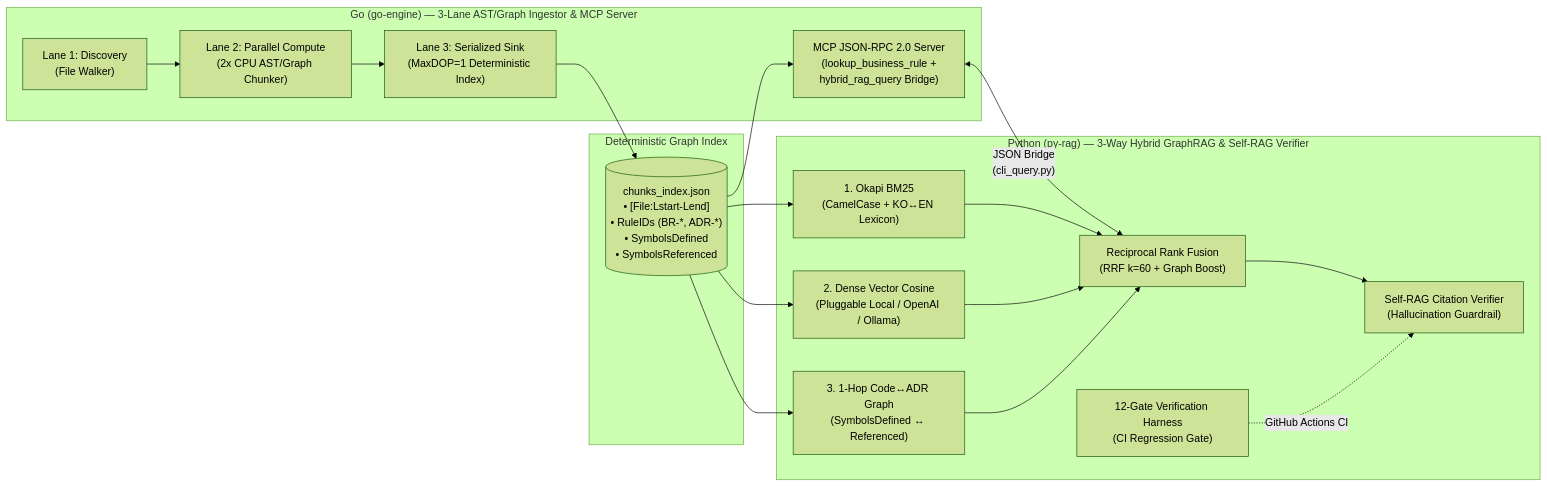
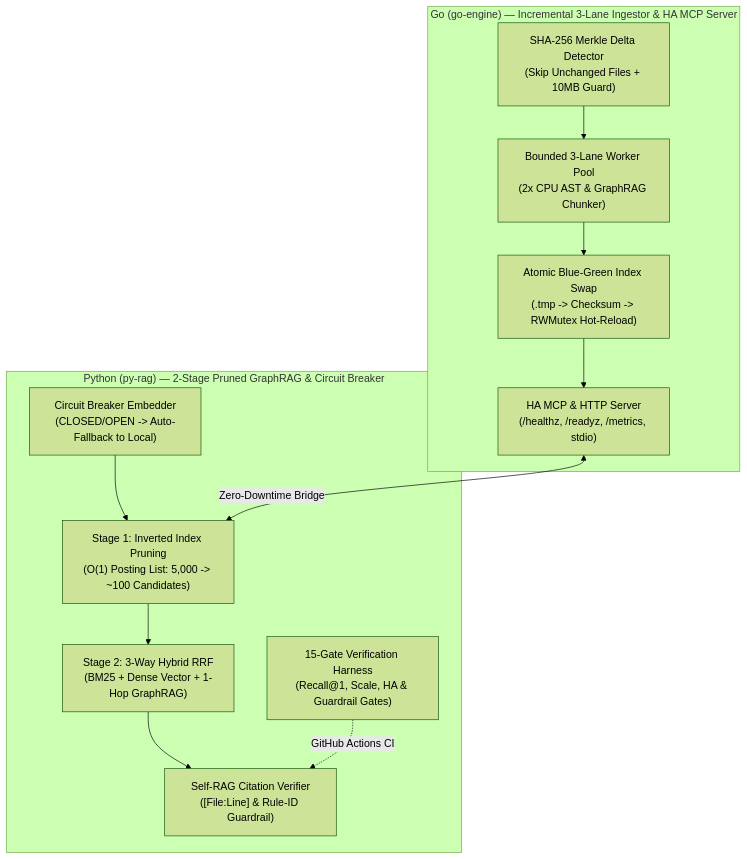
One commit to bestguru/legacy-lens-rag changed the diagram in README.md. Above: the diagram before and after it, drawn with Mermaid (forest theme). The commit also changed other lines of this file and 9 other files, not shown here.

Commit message:
feat(v3.0): add High-Availability (Circuit Breaker + RWMutex Hot-Swap) & Large-Scale (SHA-256 Incremental Delta + 2-Stage Inverted Index Pruning) with 15-Gate Harness

````diff
--- a/README.md
+++ b/README.md
@@ -29,30 +33,22 @@
 ```mermaid
-flowchart LR
-    subgraph Go_Engine ["Go (go-engine) — 3-Lane AST/Graph Ingestor & MCP Server"]
-        L1["Lane 1: Discovery\n(File Walker)"]
-        L2["Lane 2: Parallel Compute\n(2x CPU AST/Graph Chunker)"]
-        L3["Lane 3: Serialized Sink\n(MaxDOP=1 Deterministic Index)"]
-        MCP["MCP JSON-RPC 2.0 Server\n(lookup_business_rule +\nhybrid_rag_query Bridge)"]
-        L1 --> L2 --> L3
+flowchart TB
+    subgraph Go_Tier ["Go (go-engine) — Incremental 3-Lane Ingestor & HA MCP Server"]
+        Delta["SHA-256 Merkle Delta Detector\n(Skip Unchanged Files + 10MB Guard)"]
+        Pool["Bounded 3-Lane Worker Pool\n(2x CPU AST & GraphRAG Chunker)"]
+        Atomic["Atomic Blue-Green Index Swap\n(.tmp -> Checksum -> RWMutex Hot-Reload)"]
+        MCP["HA MCP & HTTP Server\n(/healthz, /readyz, /metrics, stdio)"]
+        Delta --> Pool --> Atomic --> MCP
     end
 
-    subgraph Index_Artifact ["Deterministic Graph Index"]
-        JSON[("chunks_index.json\n• [File:Lstart-Lend]\n• RuleIDs (BR-*, ADR-*)\n• SymbolsDefined\n• SymbolsReferenced")]
+    subgraph Py_Tier ["Python (py-rag) — 2-Stage Pruned GraphRAG & Circuit Breaker"]
+        CB["Circuit Breaker Embedder\n(CLOSED/OPEN -> Auto-Fallback to Local)"]
+        Stage1["Stage 1: Inverted Index Pruning\n(O(1) Posting List: 5,000 -> ~100 Candidates)"]
+        Stage2["Stage 2: 3-Way Hybrid RRF\n(BM25 + Dense Vector + 1-Hop GraphRAG)"]
+        Guard["Self-RAG Citation Verifier\n([File:Line] & Rule-ID Guardrail)"]
+        Harness["15-Gate Verification Harness\n(Recall@1, Scale, HA & Guardrail Gates)"]
+        CB --> Stage1 --> Stage2 --> Guard
+        Harness -.->|"GitHub Actions CI"| Guard
     end
 
-    subgraph Py_Engine ["Python (py-rag) — 3-Way Hybrid GraphRAG & Self-RAG Verifier"]
-        Lex["1. Okapi BM25\n(CamelCase + KO↔EN Lexicon)"]
-        Vec["2. Dense Vector Cosine\n(Pluggable Local / OpenAI / Ollama)"]
-        Graph["3. 1-Hop Code↔ADR Graph\n(SymbolsDefined ↔ Referenced)"]
-        RRF["Reciprocal Rank Fusion\n(RRF k=60 + Graph Boost)"]
-        Guard["Self-RAG Citation Verifier\n(Hallucination Guardrail)"]
-        Harness["12-Gate Verification Harness\n(CI Regression Gate)"]
-    end
-
-    L3 --> JSON
-    JSON --> MCP
-    MCP <-->|"JSON Bridge\n(cli_query.py)"| RRF
-    JSON --> Lex & Vec & Graph
-    Lex & Vec & Graph --> RRF --> Guard
-    Harness -.->|"GitHub Actions CI"| Guard
+    MCP <-->|"Zero-Downtime Bridge"| Stage1
 ```
````
